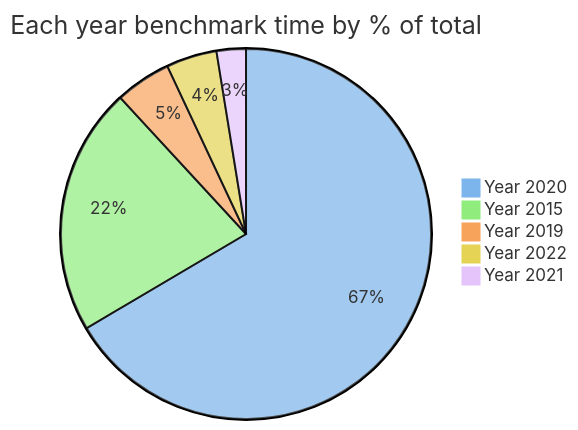
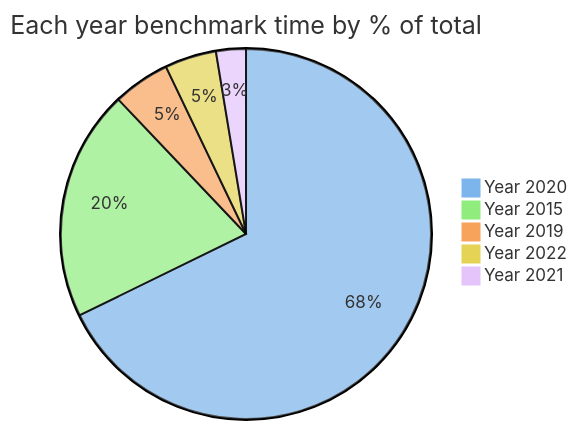
Before and after one commit to maneatingape/advent-of-code-rust: the first of 6 diagrams in README.md, drawn with Mermaid. The commit also changed other lines of this file and 4 other files, not shown here.

````diff
--- a/README.md
+++ b/README.md
@@ -61,10 +61,10 @@
 ```mermaid
 %%{init: {'theme': 'base', 'themeVariables': { 'pie1': '#7cb5ec', 'pie2': '#90ed7d', 'pie3': '#f7a35c', 'pie4': '#e4d354', 'pie5': '#e4c4fb'}}}%%
 pie
     title Each year benchmark time by % of total
     "Year 2020" : 286
-    "Year 2015" : 93
+    "Year 2015" : 85
     "Year 2019" : 21
     "Year 2022" : 19
     "Year 2021" : 11
 ```
````
